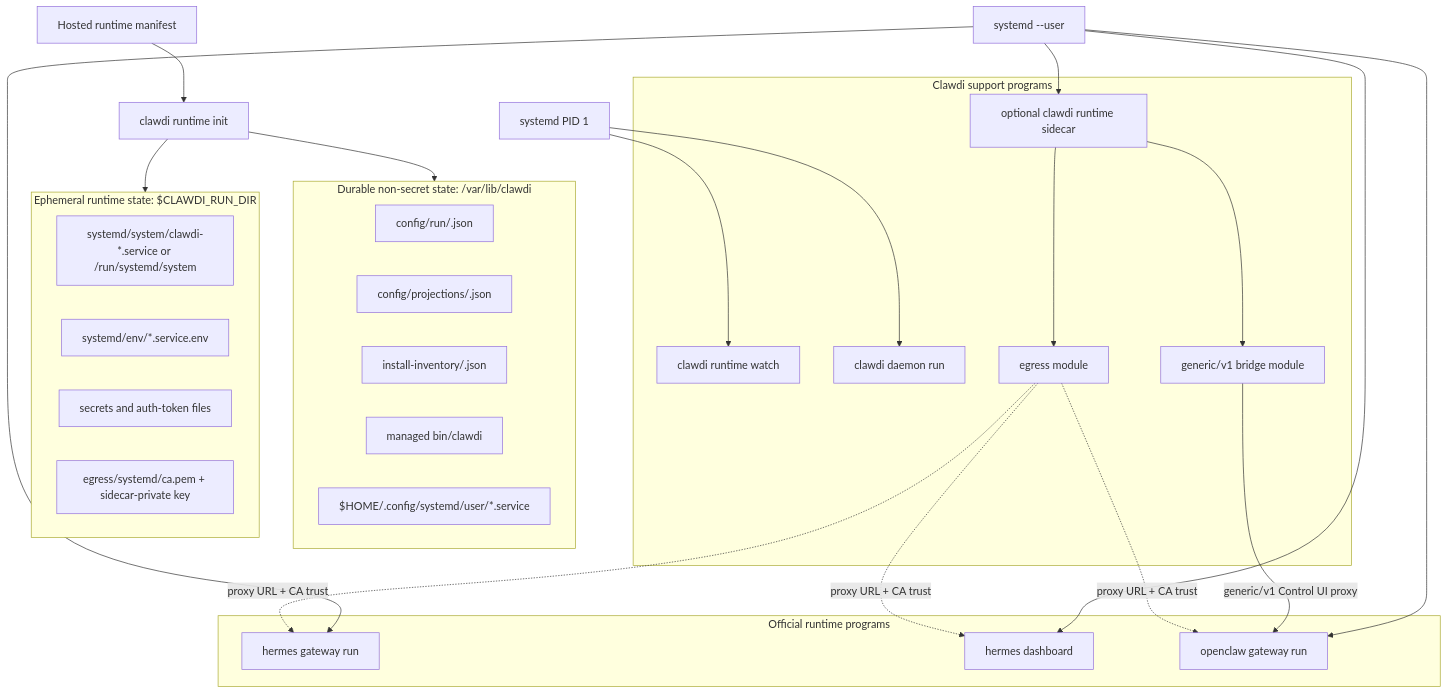
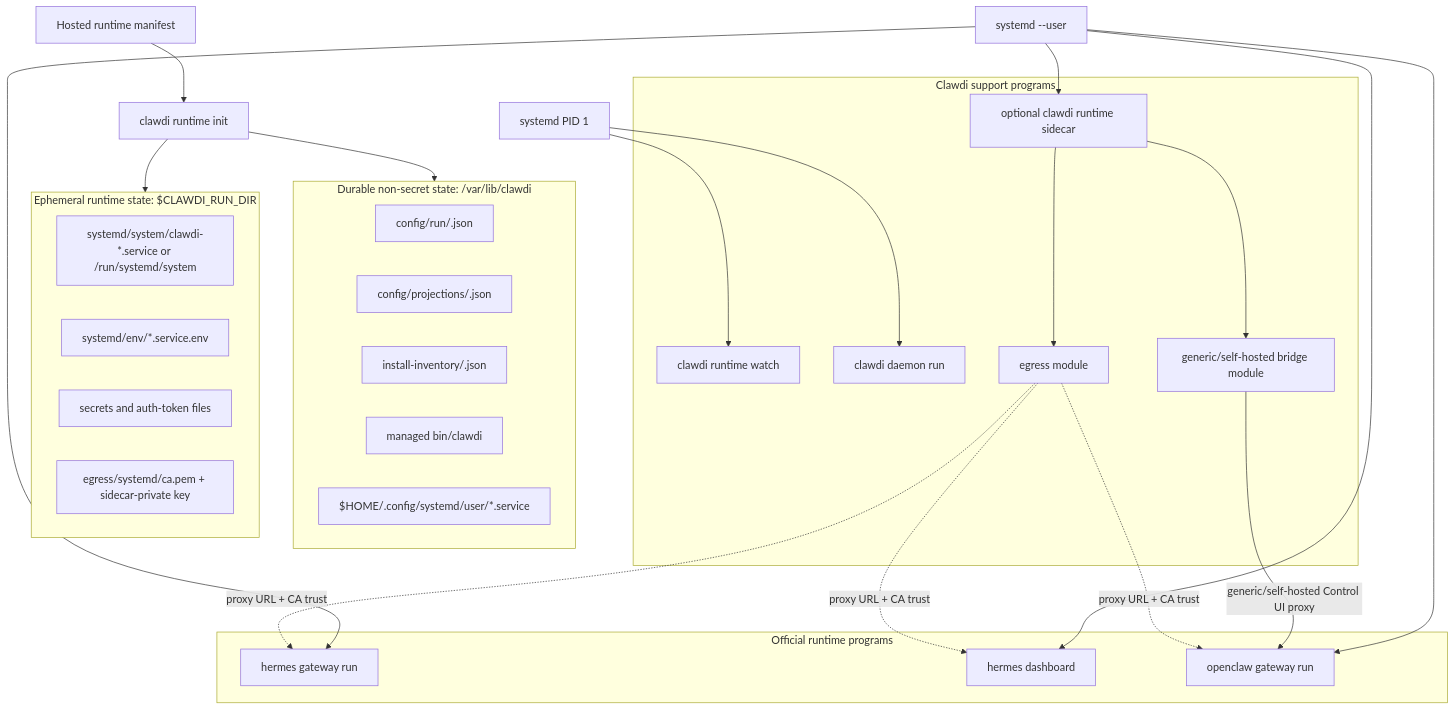
Before and after one commit to Clawdi-AI/clawdi: the first of 2 diagrams in docs/managed-runtime.md, drawn with Mermaid. The commit also changed other lines of this file and 12 other files, not shown here.

````diff
--- a/docs/managed-runtime.md
+++ b/docs/managed-runtime.md
@@ -141,49 +141,49 @@
 ```mermaid
 flowchart TB
     CP[Hosted runtime manifest] --> Init[clawdi runtime init]
     Init --> Durable
     Init --> Ephemeral
 
     subgraph Durable["Durable non-secret state: /var/lib/clawdi"]
         RunConfigs[config/run/<runtime>.json]
         Projections[config/projections/<runtime>.json]
         Inventory[install-inventory/<runtime>.json]
         CliBin[managed bin/clawdi]
         UserUnits[$HOME/.config/systemd/user/*.service]
     end
 
     subgraph Ephemeral["Ephemeral runtime state: $CLAWDI_RUN_DIR"]
         SystemUnits[systemd/system/clawdi-*.service or /run/systemd/system]
         UnitEnv[systemd/env/*.service.env]
         Secrets[secrets and auth-token files]
         EgressCA[egress/systemd/ca.pem + sidecar-private key]
     end
 
     subgraph Support["Clawdi support programs"]
         Watch[clawdi runtime watch]
         Daemon[clawdi daemon run]
         Sidecar[optional clawdi runtime sidecar]
-        Bridge[generic/v1 bridge module]
+        Bridge[generic/self-hosted bridge module]
         Egress[egress module]
     end
 
     subgraph Runtime["Official runtime programs"]
         HermesGateway[hermes gateway run]
         HermesDashboard[hermes dashboard]
         OpenClaw[openclaw gateway run]
     end
 
     Systemd[systemd PID 1] --> Watch
     Systemd --> Daemon
     UserSystemd[systemd --user] --> Sidecar
     Sidecar --> Bridge
     Sidecar --> Egress
     UserSystemd --> HermesGateway
     UserSystemd --> HermesDashboard
     UserSystemd --> OpenClaw
 
-    Bridge -->|generic/v1 Control UI proxy| OpenClaw
+    Bridge -->|generic/self-hosted Control UI proxy| OpenClaw
     Egress -. proxy URL + CA trust .-> HermesGateway
     Egress -. proxy URL + CA trust .-> HermesDashboard
     Egress -. proxy URL + CA trust .-> OpenClaw
 ```
````
